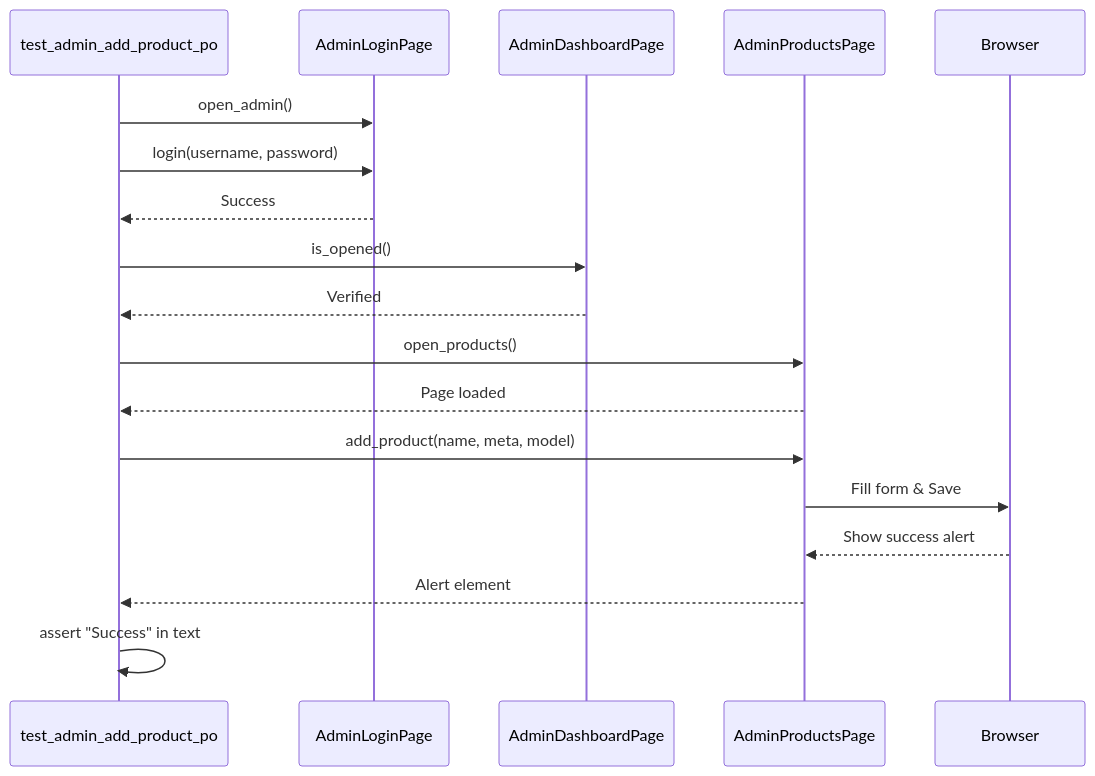
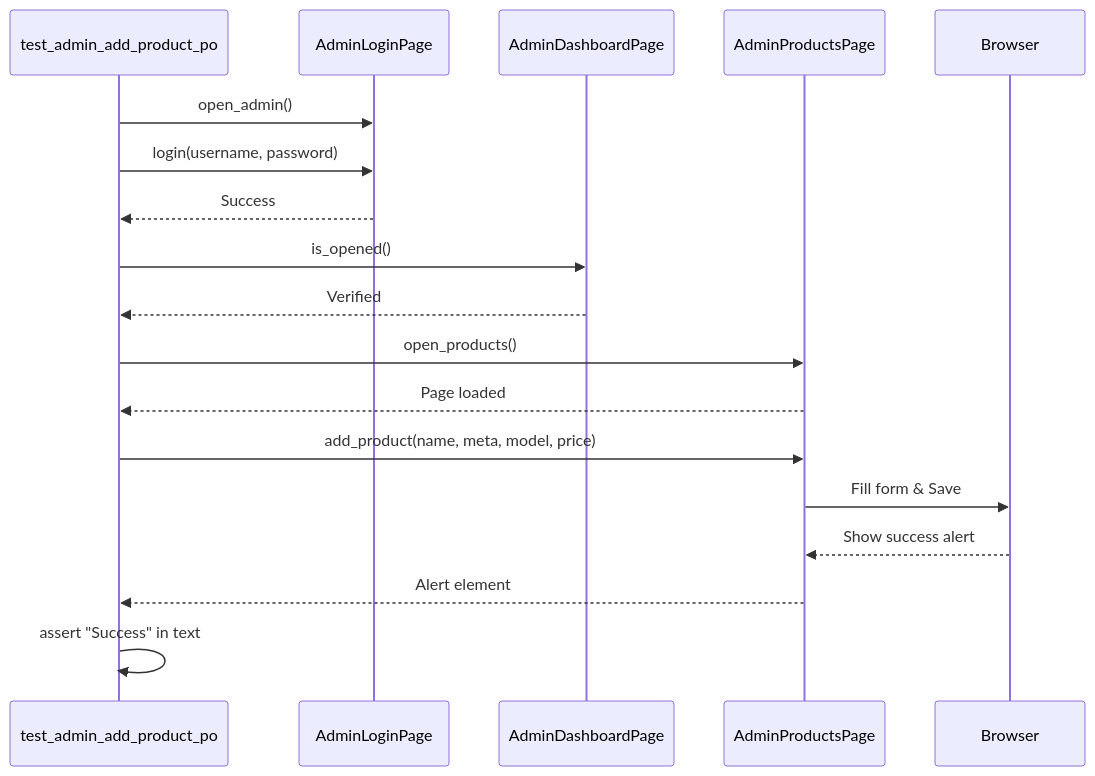
The second of 3 diagrams in .qoder/repowiki/en/content/Admin Testing/Admin Product Management.md (Tanuuu1147/selenium-homework), drawn with Mermaid before and after one commit. The commit also changed other lines of this file and 890 other files, not shown here.

````diff
--- a/.qoder/repowiki/en/content/Admin Testing/Admin Product Management.md
+++ b/.qoder/repowiki/en/content/Admin Testing/Admin Product Management.md
@@ -111,19 +127,19 @@
 ```mermaid
 sequenceDiagram
 participant Test as test_admin_add_product_po
 participant Login as AdminLoginPage
 participant Dashboard as AdminDashboardPage
 participant Products as AdminProductsPage
 Test->>Login : open_admin()
 Test->>Login : login(username, password)
 Login-->>Test : Success
 Test->>Dashboard : is_opened()
 Dashboard-->>Test : Verified
 Test->>Products : open_products()
 Products-->>Test : Page loaded
-Test->>Products : add_product(name, meta, model)
+Test->>Products : add_product(name, meta, model, price)
 Products->>Browser : Fill form & Save
 Browser-->>Products : Show success alert
 Products-->>Test : Alert element
 Test->>Test : assert "Success" in text
 ```
````
